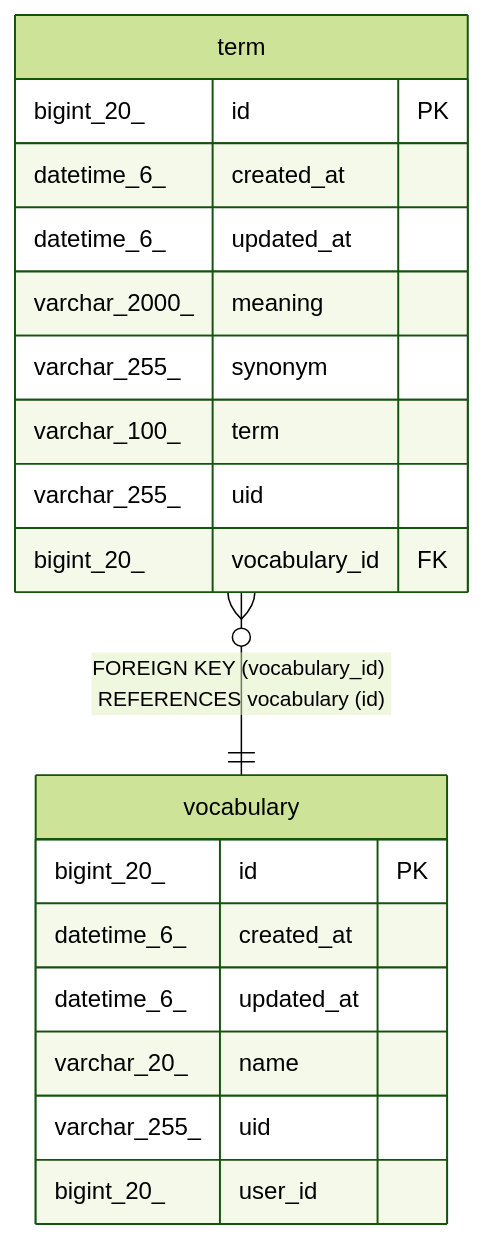
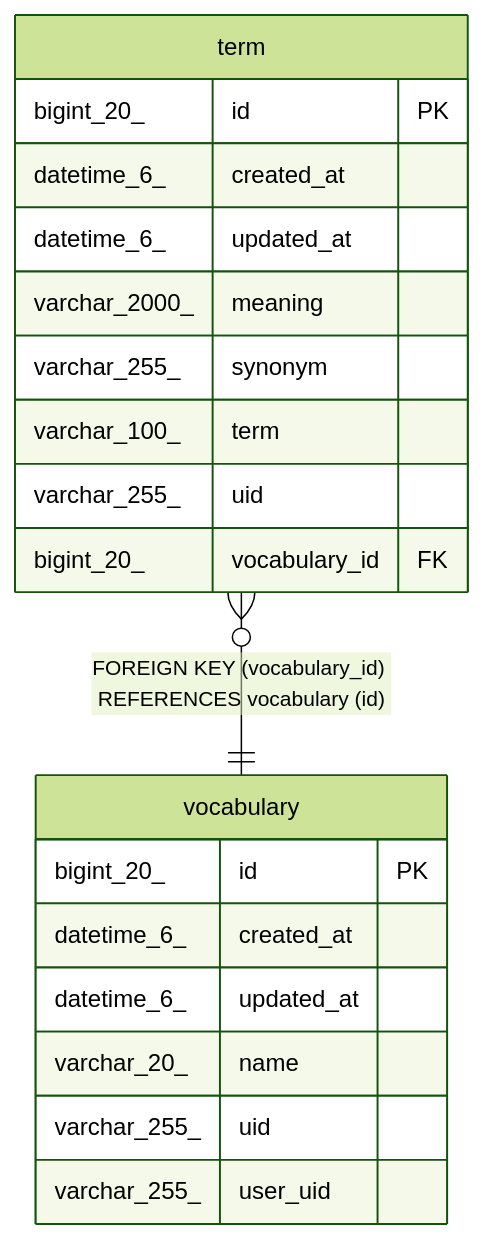
Before and after one commit to makevook/vook-server: the diagram in docs/schema/term.md, drawn with Mermaid (forest theme). The commit also changed 8 other files, not shown here.

Commit message:
docs: schema 문서 업데이트 #153

````diff
--- a/docs/schema/term.md
+++ b/docs/schema/term.md
@@ -55,24 +55,24 @@
 ```mermaid
 erDiagram
 
 "term" }o--|| "vocabulary" : "FOREIGN KEY (vocabulary_id) REFERENCES vocabulary (id)"
 
 "term" {
   bigint_20_ id PK
   datetime_6_ created_at
   datetime_6_ updated_at
   varchar_2000_ meaning
   varchar_255_ synonym
   varchar_100_ term
   varchar_255_ uid
   bigint_20_ vocabulary_id FK
 }
 "vocabulary" {
   bigint_20_ id PK
   datetime_6_ created_at
   datetime_6_ updated_at
   varchar_20_ name
   varchar_255_ uid
-  bigint_20_ user_id
+  varchar_255_ user_uid
 }
 ```
````
